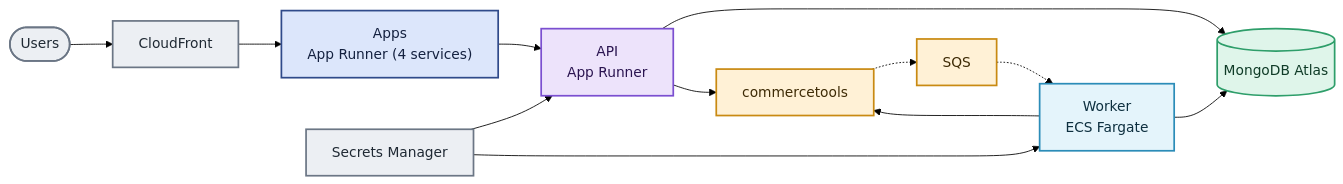
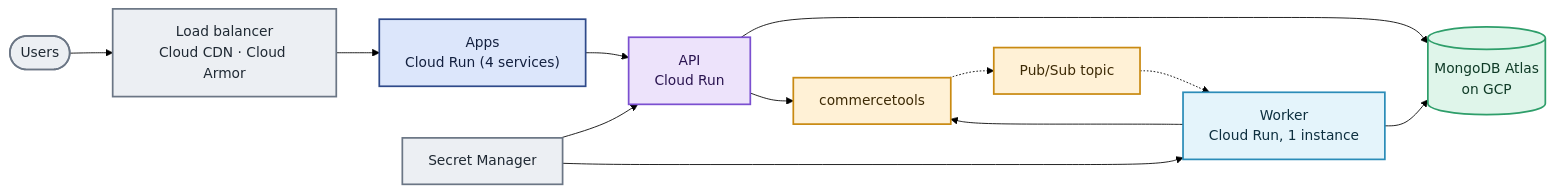
The diagram in docs/technical/deployment.md (sonishivam1/corporate-gifting), drawn with Mermaid (forest theme) before and after one commit. The commit also changed other lines of this file and 16 other files, not shown here.

````diff
--- a/docs/technical/deployment.md
+++ b/docs/technical/deployment.md
@@ -19,26 +24,26 @@
 ```mermaid
 flowchart LR
-  users(["Users"]) --> cdn["CloudFront"]
-  cdn --> apps["Apps<br/>App Runner (4 services)"]
-  apps --> api["API<br/>App Runner"]
-  api --> atlas[("MongoDB Atlas")]
-  worker["Worker<br/>ECS Fargate"] --> atlas
-  ct["commercetools"] -.-> sqs["SQS"] -.-> worker
+  users(["Users"]) --> lb["Load balancer<br/>Cloud CDN · Cloud Armor"]
+  lb --> apps["Apps<br/>Cloud Run (4 services)"]
+  apps --> api["API<br/>Cloud Run"]
+  api --> atlas[("MongoDB Atlas<br/>on GCP")]
+  worker["Worker<br/>Cloud Run, 1 instance"] --> atlas
+  ct["commercetools"] -.-> pubsub["Pub/Sub topic"] -.-> worker
   api --> ct
   worker --> ct
-  sm["Secrets Manager"] --> api
+  sm["Secret Manager"] --> api
   sm --> worker
 
   classDef appNode fill:#DCE6FB,stroke:#2F4A8A,stroke-width:2px,color:#13203F;
   classDef apiNode fill:#EDE3FB,stroke:#7B4FD0,stroke-width:2px,color:#2A1450;
   classDef jobNode fill:#E4F4FB,stroke:#2B8CB8,stroke-width:2px,color:#0D2F3F;
   classDef dataNode fill:#DFF5EA,stroke:#2E9E6A,stroke-width:2px,color:#0F3B27;
   classDef ctNode fill:#FFF1D6,stroke:#C98A12,stroke-width:2px,color:#3D2A05;
   classDef external fill:#ECEFF3,stroke:#6B7685,stroke-width:2px,color:#1F2933;
   class apps appNode;
   class api apiNode;
   class worker jobNode;
   class atlas dataNode;
-  class ct,sqs ctNode;
-  class cdn,sm,users external;
+  class ct,pubsub ctNode;
+  class lb,sm,users external;
 ```
````
